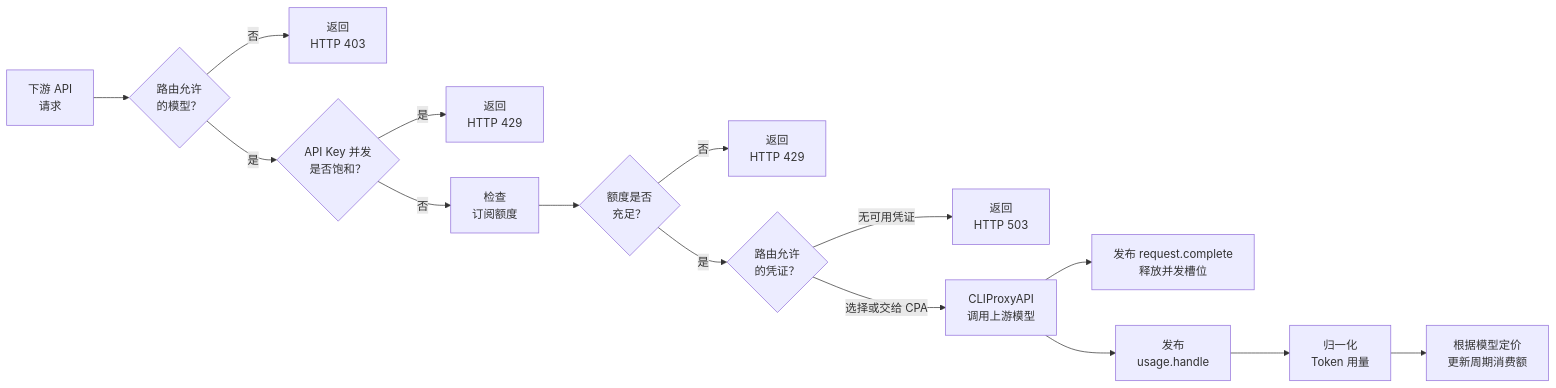
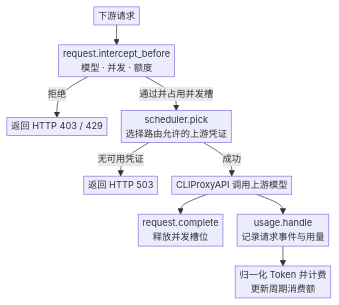
One commit to haowang02/cpa-plugin-key-billing changed the diagram in README.md. Above: the diagram before and after it, drawn with Mermaid.

Commit message:
chore(docs): simplify README flowchart

````diff
--- a/README.md
+++ b/README.md
@@ -25,17 +25,21 @@
 ```mermaid
-flowchart LR
-    A[下游 API<br/>请求] --> M{路由允许<br/>的模型？}
-    M -- 否 --> N[返回<br/>HTTP 403]
-    M -- 是 --> L{API Key 并发<br/>是否饱和？}
-    L -- 是 --> R[返回<br/>HTTP 429]
-    L -- 否 --> B[检查<br/>订阅额度]
-    B --> C{额度是否<br/>充足？}
-    C -- 否 --> D[返回<br/>HTTP 429]
-    C -- 是 --> U{路由允许<br/>的凭证？}
-    U -- 无可用凭证 --> V[返回<br/>HTTP 503]
-    U -- 选择或交给 CPA --> E[CLIProxyAPI<br/>调用上游模型]
-    E --> X[发布 request.complete<br/>释放并发槽位]
-    E --> F[发布<br/>usage.handle]
-    F --> H[归一化<br/>Token 用量]
-    H --> G[根据模型定价<br/>更新周期消费额]
+---
+config:
+  themeVariables:
+    fontSize: "13px"
+  flowchart:
+    diagramPadding: 4
+    nodeSpacing: 20
+    rankSpacing: 28
+    padding: 3
+---
+flowchart TB
+    A[下游请求] --> B["request.intercept_before<br/>模型 · 并发 · 额度"]
+    B -- 拒绝 --> R[返回 HTTP 403 / 429]
+    B -- 通过并占用并发槽 --> C["scheduler.pick<br/>选择路由允许的上游凭证"]
+    C -- 无可用凭证 --> S[返回 HTTP 503]
+    C -- 成功 --> D[CLIProxyAPI 调用上游模型]
+    D --> E["request.complete<br/>释放并发槽位"]
+    D --> F["usage.handle<br/>记录请求事件与用量"]
+    F --> G["归一化 Token 并计费<br/>更新周期消费额"]
 ```
````
